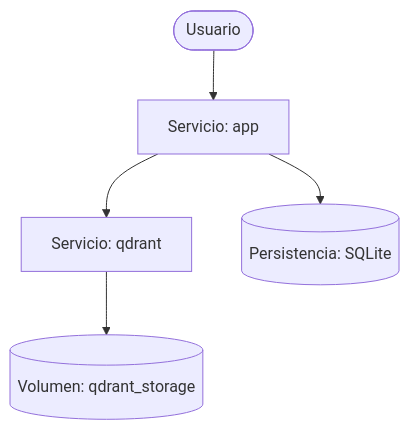
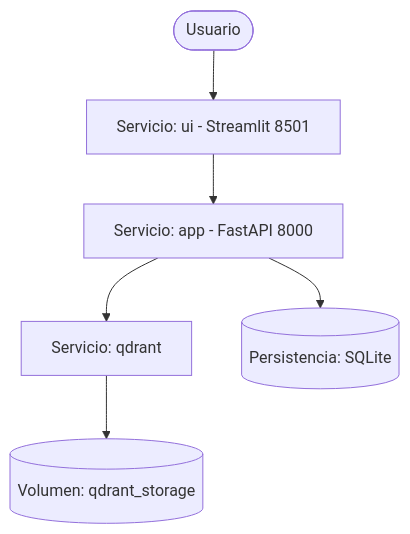
One commit to DayanCabrera2003/smart-tourism-engine changed the diagram in docs/15_despliegue.md. Above: the diagram before and after it, drawn with Mermaid. The commit also changed other lines of this file and 1 other file, not shown here.

Commit message:
Add Streamlit UI service to Docker Compose; update deployment documentation and add Streamlit dependency

````diff
--- a/docs/15_despliegue.md
+++ b/docs/15_despliegue.md
@@ -87,7 +87,8 @@
 ```mermaid
 graph TD
-    User([Usuario]) --> App[Servicio: app]
+    User([Usuario]) --> UI[Servicio: ui - Streamlit 8501]
+    UI --> App[Servicio: app - FastAPI 8000]
     App --> Qdrant[Servicio: qdrant]
     App --> SQLite[(Persistencia: SQLite)]
     Qdrant --> VolQ[(Volumen: qdrant_storage)]
 ```
````
